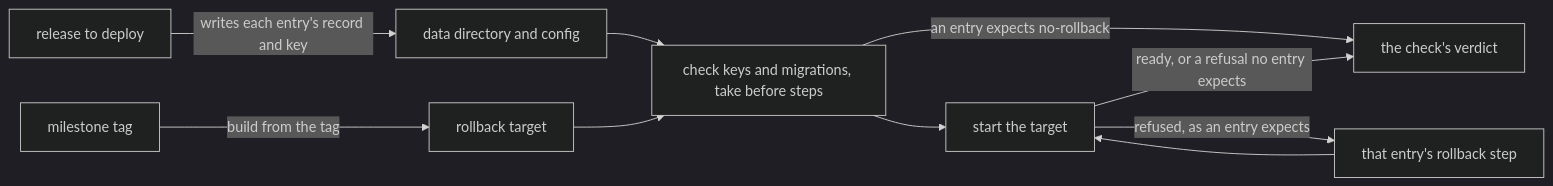
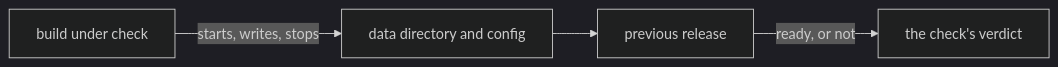
One commit to zgeoff/nixie changed the diagram in docs/design/queue/rollback-check.md. Above: the diagram before and after it, drawn with Mermaid (dark theme). The commit also changed other lines of this file and 95 other files, not shown here.

````diff
--- a/docs/design/queue/rollback-check.md
+++ b/docs/design/queue/rollback-check.md
@@ -32,12 +19,6 @@
 ```mermaid
 flowchart LR
-  tag[milestone tag] -->|"build from the tag"| target[rollback target]
-  deploy[release to deploy] -->|"writes each entry's record and key"| data[data directory and config]
-  data --> prep[check keys and migrations, take before steps]
-  target --> prep
-  prep -->|"an entry expects no-rollback"| verdict[the check's verdict]
-  prep --> start[start the target]
-  start -->|"refused, as an entry expects"| step[that entry's rollback step]
-  step --> start
-  start -->|"ready, or a refusal no entry expects"| verdict
+  build[build under check] -->|"starts, writes, stops"| data[data directory and config]
+  data --> previous[previous release]
+  previous -->|"ready, or not"| verdict[the check's verdict]
 ```
````
